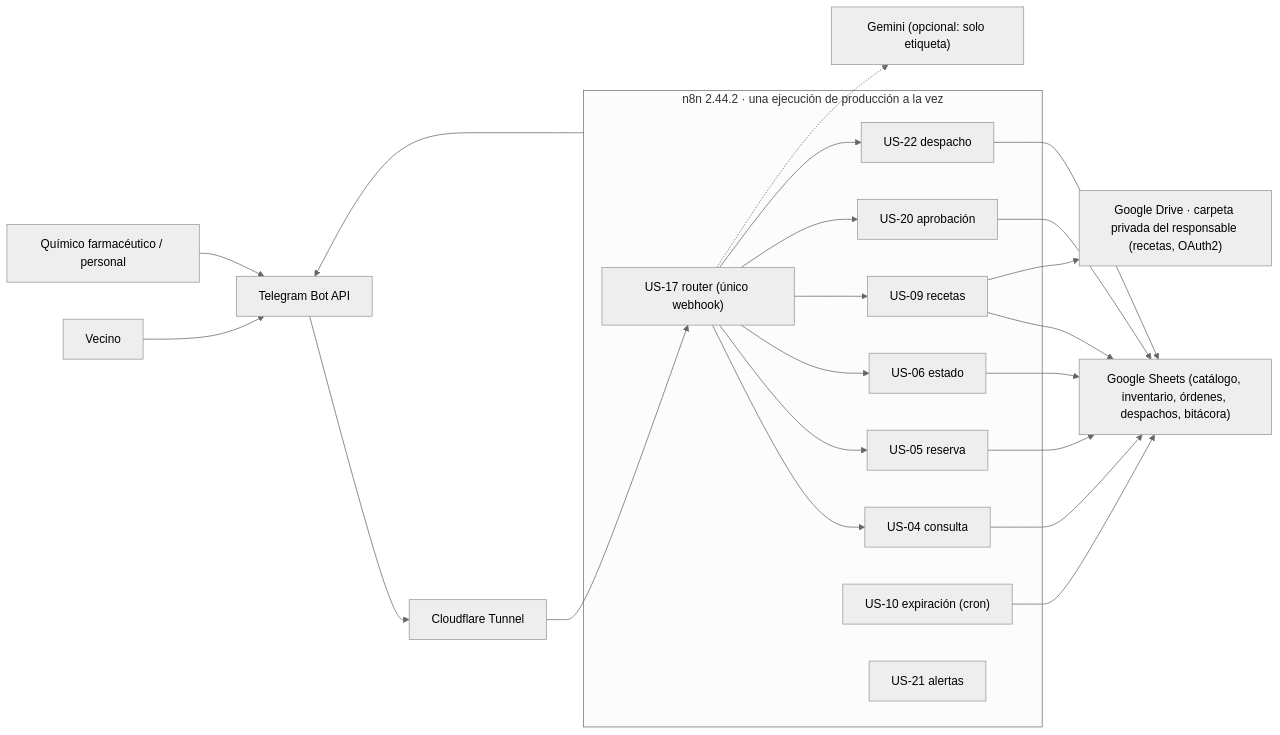
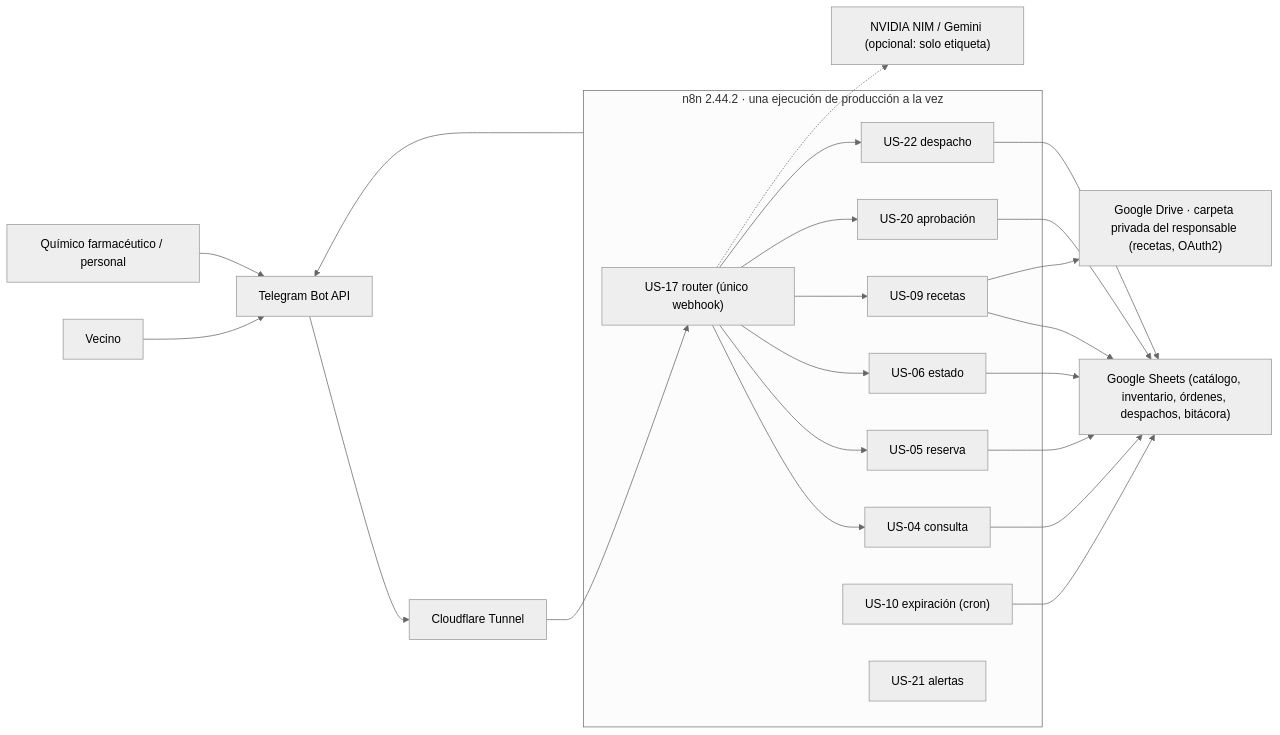
Before and after one commit to Jeple/Proyecto-IngenieraSoftware: the diagram in docs/arquitectura.md, drawn with Mermaid (neutral theme). The commit also changed other lines of this file and 17 other files, not shown here.

First line of the commit message:
feat(US-17/US-05): LLM NVIDIA NIM y reservas en lenguaje natural

````diff
--- a/docs/arquitectura.md
+++ b/docs/arquitectura.md
@@ -9,32 +9,32 @@
 ```mermaid
 flowchart LR
     Vecino["Vecino"]
     Personal["Químico farmacéutico / personal"]
     TG["Telegram Bot API"]
     Tunnel["Cloudflare Tunnel"]
 
     subgraph N8N["n8n 2.44.2 · una ejecución de producción a la vez"]
         R["US-17 router (único webhook)"]
         WF1["US-04 consulta"]
         WF2["US-05 reserva"]
         WF3["US-06 estado"]
         WF4["US-09 recetas"]
         WF5["US-20 aprobación"]
         WF6["US-22 despacho"]
         WF7["US-10 expiración (cron)"]
         WF8["US-21 alertas"]
     end
 
     Sheets["Google Sheets (catálogo, inventario, órdenes, despachos, bitácora)"]
     Drive["Google Drive · carpeta privada del responsable (recetas, OAuth2)"]
-    Gemini["Gemini (opcional: solo etiqueta)"]
+    Gemini["NVIDIA NIM / Gemini (opcional: solo etiqueta)"]
 
     Vecino --> TG
     Personal --> TG
     TG --> Tunnel --> R
     R --> WF1 & WF2 & WF3 & WF4 & WF5 & WF6
     R -.-> Gemini
     WF1 & WF2 & WF3 & WF4 & WF5 & WF6 & WF7 --> Sheets
     WF4 --> Drive
     N8N --> TG
 ```
````
